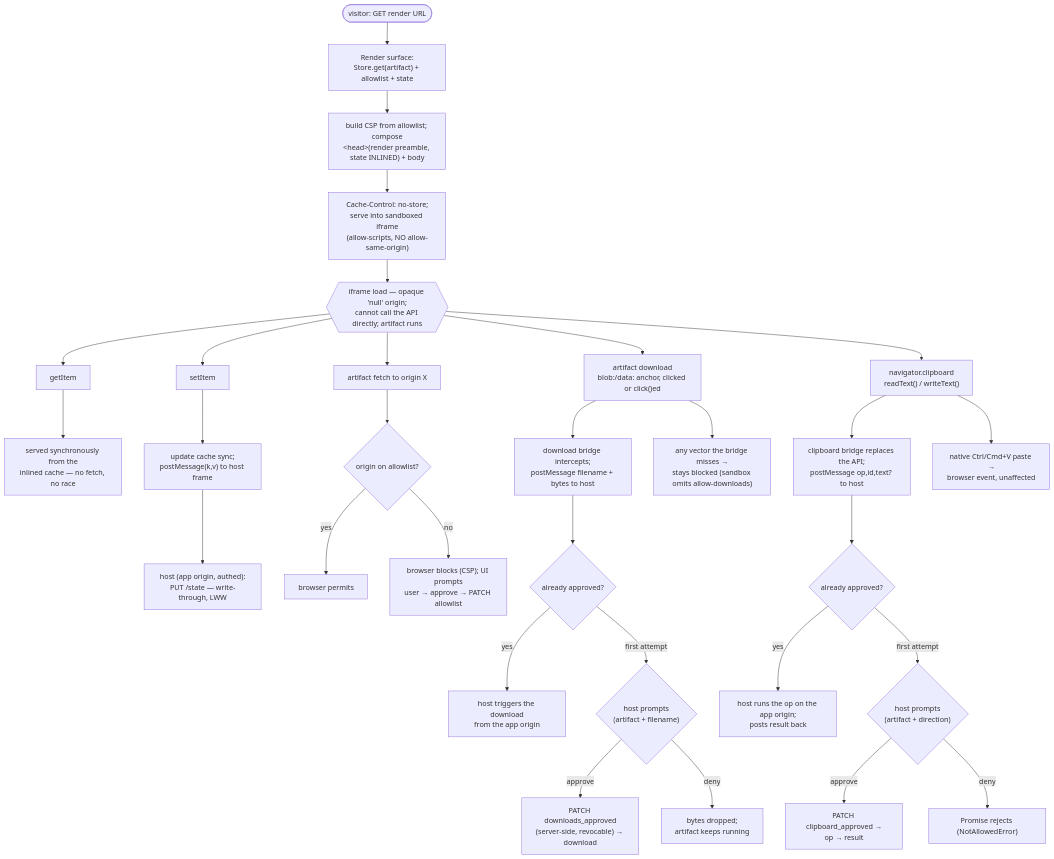
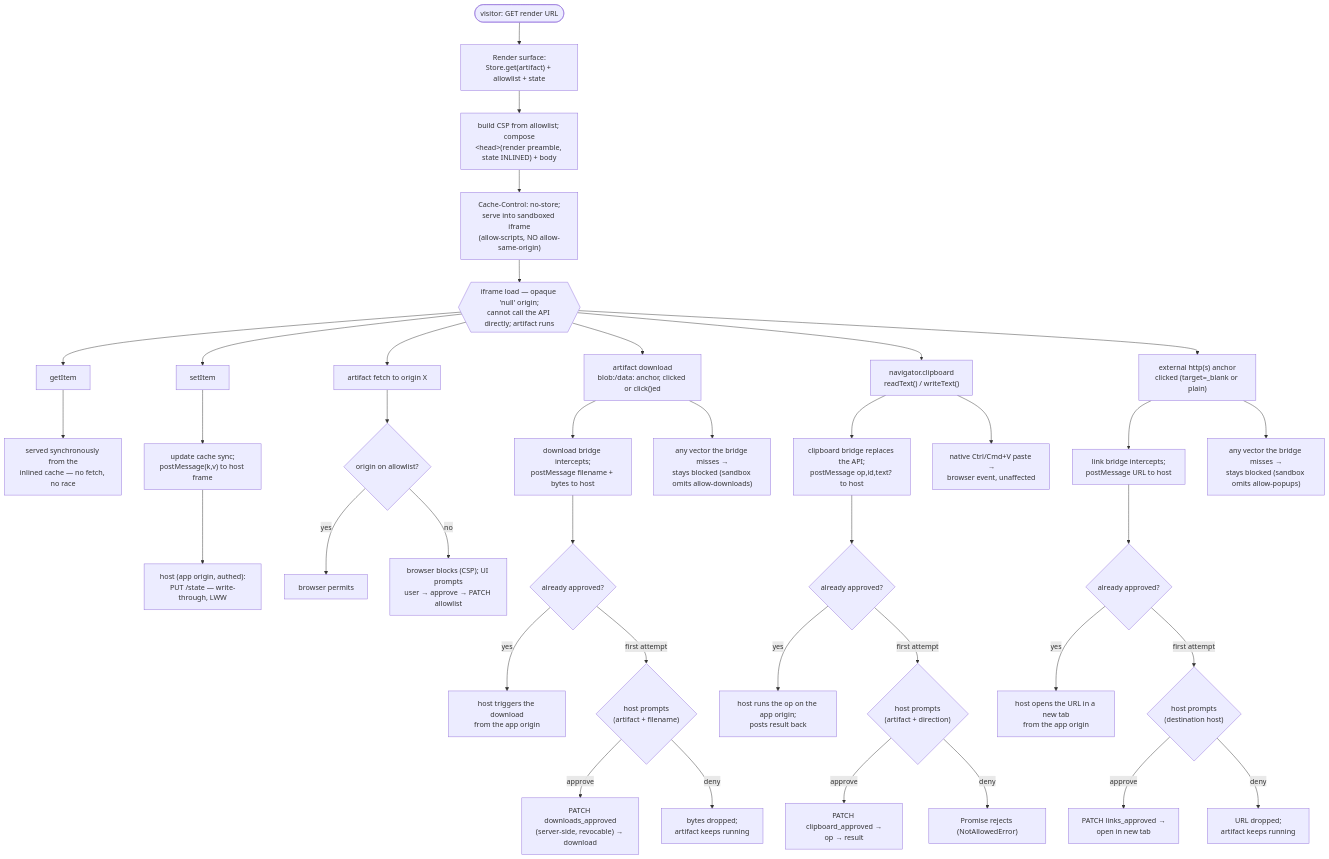
One commit to momja/Exhibit changed the third of 3 diagrams in docs/architecture.md. Above: the diagram before and after it, drawn with Mermaid. The commit also changed other lines of this file and 13 other files, not shown here.

First line of the commit message:
av-r0dk: link navigation bridge (preamble interception + host open, gated on links_approved)

````diff
--- a/docs/architecture.md
+++ b/docs/architecture.md
@@ -471,36 +471,45 @@
 ```mermaid
 flowchart TD
     v(["visitor: GET render URL"]) --> r1["Render surface:<br/>Store.get(artifact) + allowlist + state"]
     r1 --> r2["build CSP from allowlist; compose<br/>&lt;head&gt;(render preamble, state INLINED) + body"]
     r2 --> r3["Cache-Control: no-store;<br/>serve into sandboxed iframe<br/>(allow-scripts, NO allow-same-origin)"]
     r3 --> load{{"iframe load — opaque 'null' origin;<br/>cannot call the API directly; artifact runs"}}
 
     load --> getItem["getItem"]
     getItem --> getRes["served synchronously from the<br/>inlined cache — no fetch, no race"]
     load --> setItem["setItem"]
     setItem --> setRes["update cache sync;<br/>postMessage(k,v) to host frame"]
     setRes --> setPut["host (app origin, authed):<br/>PUT /state — write-through, LWW"]
 
     load --> fetch["artifact fetch to origin X"]
     fetch --> fetchQ{"origin on allowlist?"}
     fetchQ -->|yes| fPermit["browser permits"]
     fetchQ -->|no| fBlock["browser blocks (CSP); UI prompts<br/>user &rarr; approve &rarr; PATCH allowlist"]
 
     load --> dl["artifact download<br/>blob:/data: anchor, clicked or click()ed"]
     dl --> dlInt["download bridge intercepts;<br/>postMessage filename + bytes to host"]
     dlInt --> dlQ{"already approved?"}
     dlQ -->|yes| dlGo["host triggers the download<br/>from the app origin"]
     dlQ -->|first attempt| dlPrompt{"host prompts<br/>(artifact + filename)"}
     dlPrompt -->|approve| dlOK["PATCH downloads_approved<br/>(server-side, revocable) &rarr; download"]
     dlPrompt -->|deny| dlNo["bytes dropped;<br/>artifact keeps running"]
     dl --> dlMiss["any vector the bridge misses &rarr;<br/>stays blocked (sandbox omits allow-downloads)"]
 
     load --> cb["navigator.clipboard<br/>readText() / writeText()"]
     cb --> cbInt["clipboard bridge replaces the API;<br/>postMessage op,id,text? to host"]
     cbInt --> cbQ{"already approved?"}
     cbQ -->|yes| cbGo["host runs the op on the app origin;<br/>posts result back"]
     cbQ -->|first attempt| cbPrompt{"host prompts<br/>(artifact + direction)"}
     cbPrompt -->|approve| cbOK["PATCH clipboard_approved &rarr;<br/>op &rarr; result"]
     cbPrompt -->|deny| cbNo["Promise rejects (NotAllowedError)"]
     cb --> cbNative["native Ctrl/Cmd+V paste &rarr;<br/>browser event, unaffected"]
+
+    load --> lk["external http(s) anchor<br/>clicked (target=_blank or plain)"]
+    lk --> lkInt["link bridge intercepts;<br/>postMessage URL to host"]
+    lkInt --> lkQ{"already approved?"}
+    lkQ -->|yes| lkGo["host opens the URL in a new tab<br/>from the app origin"]
+    lkQ -->|first attempt| lkPrompt{"host prompts<br/>(destination host)"}
+    lkPrompt -->|approve| lkOK["PATCH links_approved &rarr;<br/>open in new tab"]
+    lkPrompt -->|deny| lkNo["URL dropped;<br/>artifact keeps running"]
+    lk --> lkMiss["any vector the bridge misses &rarr;<br/>stays blocked (sandbox omits allow-popups)"]
 ```
````
